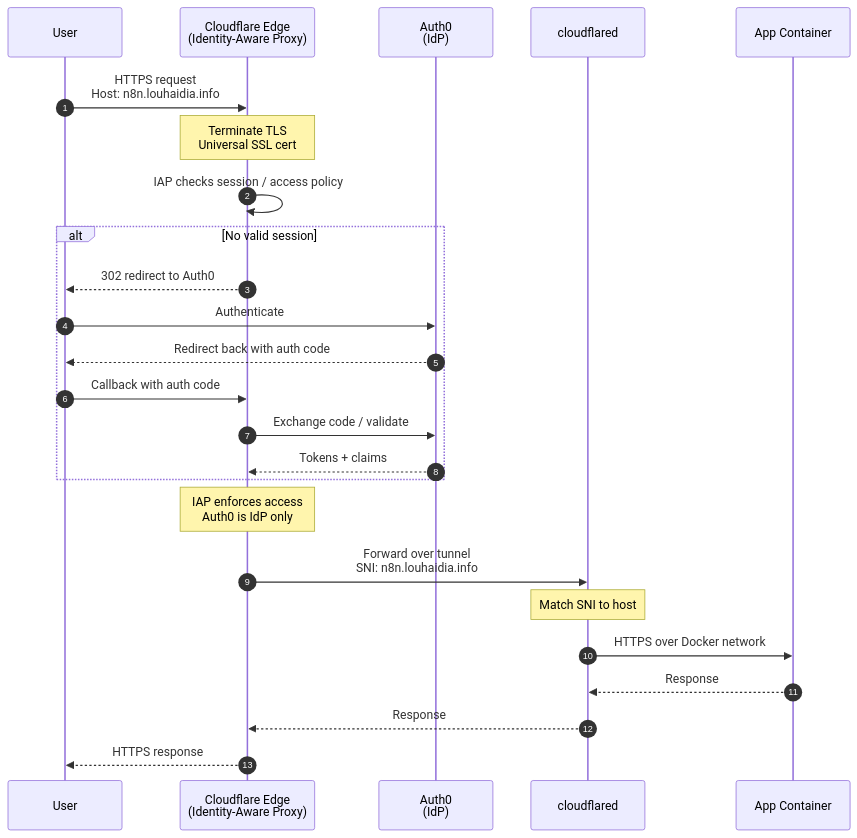
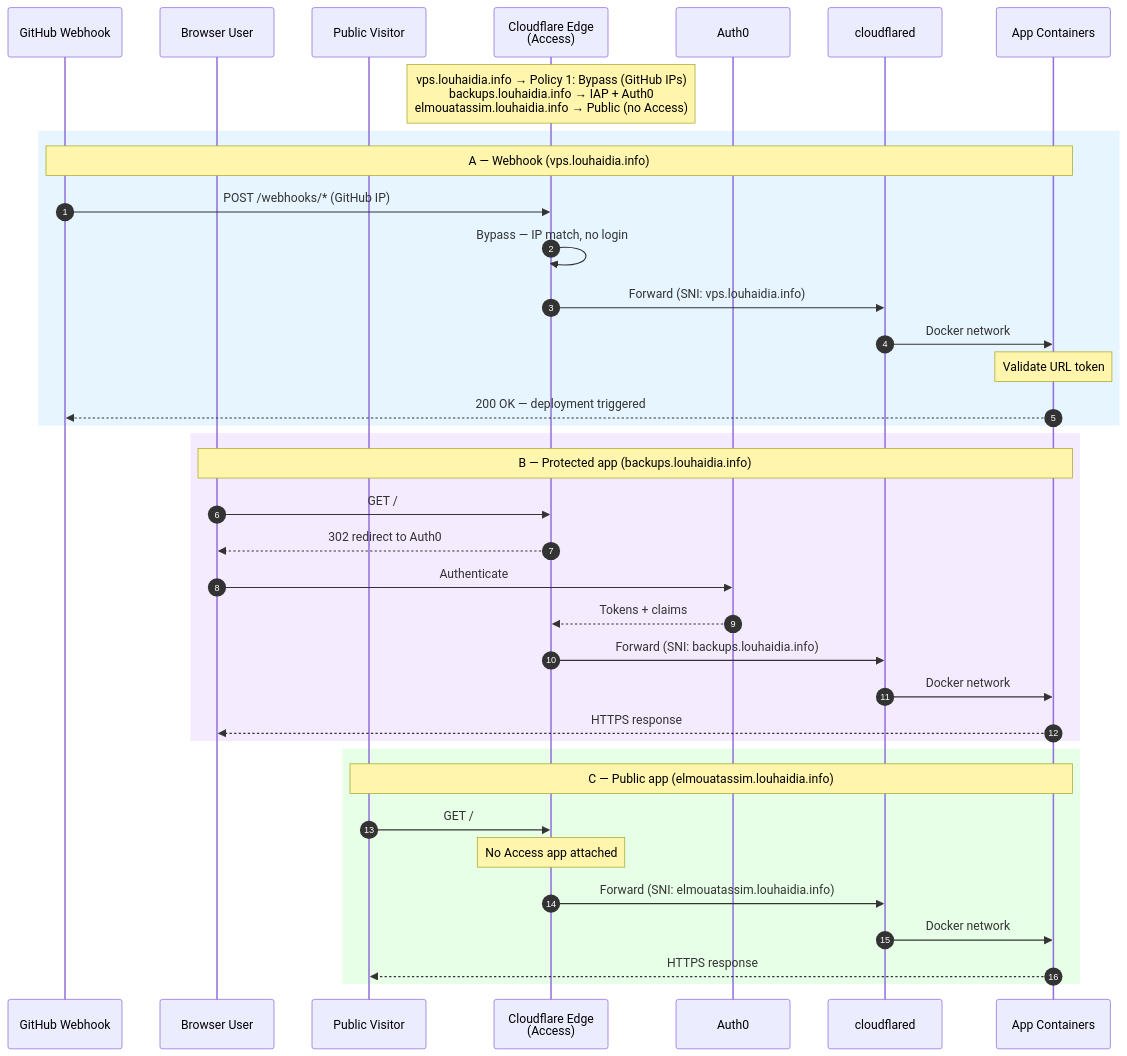
One commit to mota-lhd/blog changed the second of 6 diagrams in frontend/src/content/posts/tech-blog-02.md. Above: the diagram before and after it, drawn with Mermaid. The commit also changed other lines of this file and 4 other files, not shown here.

````diff
--- a/frontend/src/content/posts/tech-blog-02.md
+++ b/frontend/src/content/posts/tech-blog-02.md
@@ -104,30 +117,43 @@
 ```mermaid
 sequenceDiagram
     autonumber
-    participant U as User
-    participant CF as Cloudflare Edge<br/>(Identity-Aware Proxy)
-    participant Auth0 as Auth0<br/>(IdP)
+    participant GH as GitHub Webhook
+    participant U as Browser User
+    participant P as Public Visitor
+    participant CF as Cloudflare Edge<br/>(Access)
+    participant Auth0 as Auth0
     participant CFD as cloudflared
-    participant App as App Container
+    participant App as App Containers
 
-    U->>CF: HTTPS request<br/>Host: n8n.louhaidia.info
-    Note over CF: Terminate TLS<br/>Universal SSL cert
-    CF->>CF: IAP checks session / access policy
+    Note over CF: vps.louhaidia.info → Policy 1: Bypass (GitHub IPs)<br/>backups.louhaidia.info → IAP + Auth0<br/>elmouatassim.louhaidia.info → Public (no Access)
 
-    alt No valid session
-        CF-->>U: 302 redirect to Auth0
-        U->>Auth0: Authenticate
-        Auth0-->>U: Redirect back with auth code
-        U->>CF: Callback with auth code
-        CF->>Auth0: Exchange code / validate
-        Auth0-->>CF: Tokens + claims
+    rect rgb(230,245,255)
+    Note over GH,App: A — Webhook (vps.louhaidia.info)
+    GH->>CF: POST /webhooks/* (GitHub IP)
+    CF->>CF: Bypass — IP match, no login
+    CF->>CFD: Forward (SNI: vps.louhaidia.info)
+    CFD->>App: Docker network
+    Note over App: Validate URL token
+    App-->>GH: 200 OK — deployment triggered
     end
 
-    Note over CF: IAP enforces access<br/>Auth0 is IdP only
-    CF->>CFD: Forward over tunnel<br/>SNI: n8n.louhaidia.info
-    Note over CFD: Match SNI to host
-    CFD->>App: HTTPS over Docker network
-    App-->>CFD: Response
-    CFD-->>CF: Response
-    CF-->>U: HTTPS response
+    rect rgb(245,235,255)
+    Note over U,App: B — Protected app (backups.louhaidia.info)
+    U->>CF: GET /
+    CF-->>U: 302 redirect to Auth0
+    U->>Auth0: Authenticate
+    Auth0-->>CF: Tokens + claims
+    CF->>CFD: Forward (SNI: backups.louhaidia.info)
+    CFD->>App: Docker network
+    App-->>U: HTTPS response
+    end
+
+    rect rgb(230,255,230)
+    Note over P,App: C — Public app (elmouatassim.louhaidia.info)
+    P->>CF: GET /
+    Note over CF: No Access app attached
+    CF->>CFD: Forward (SNI: elmouatassim.louhaidia.info)
+    CFD->>App: Docker network
+    App-->>P: HTTPS response
+    end
 ```
````
